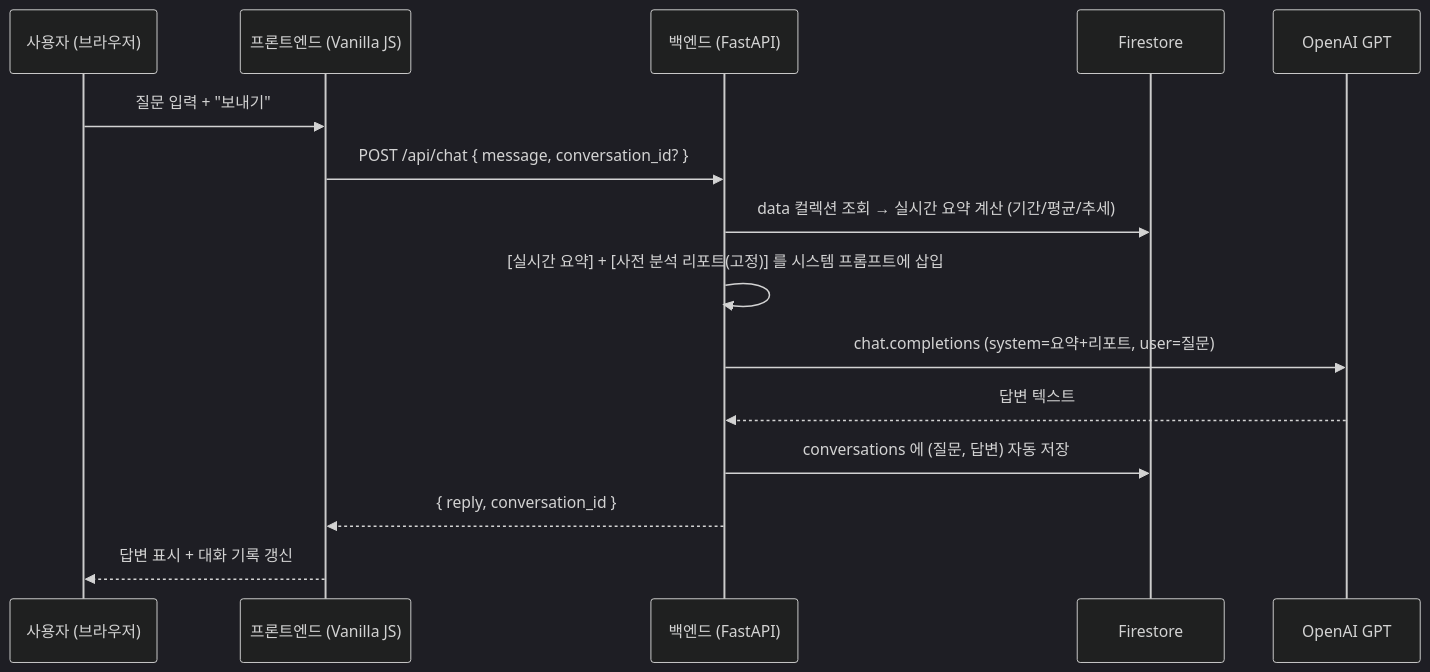
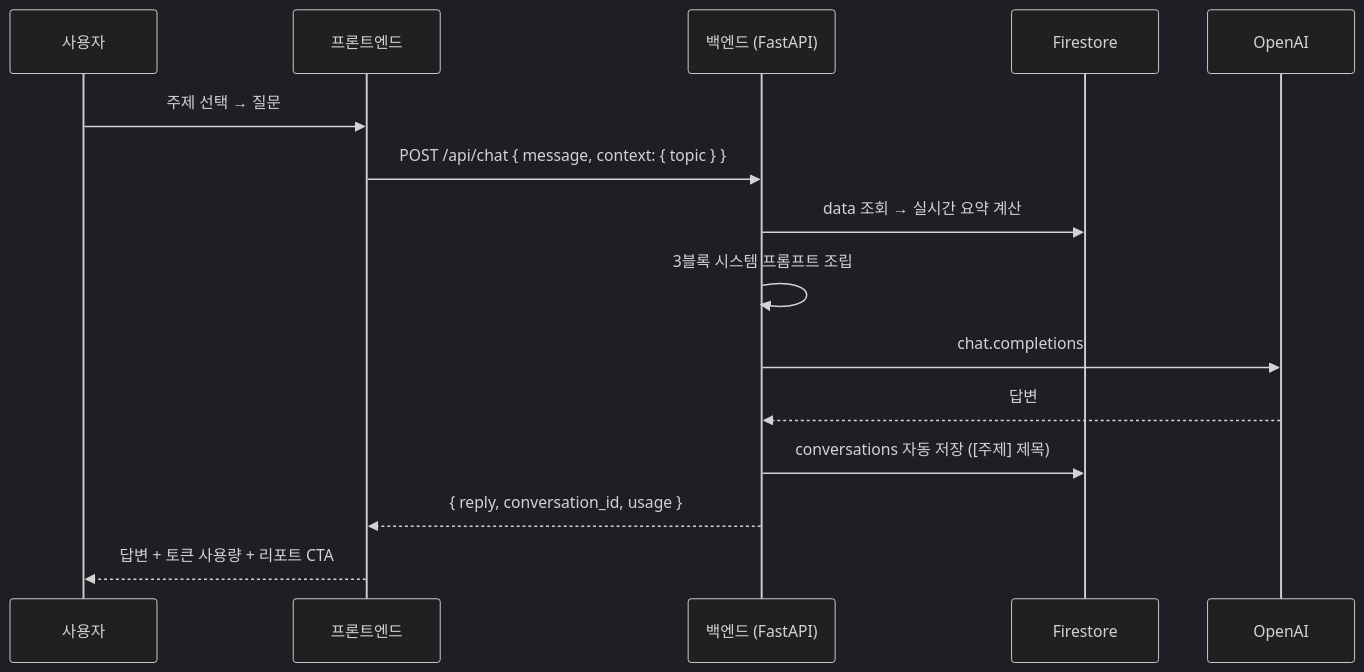
One commit to Frost0313z/my-data-assistant changed the second of 2 diagrams in README.md. Above: the diagram before and after it, drawn with Mermaid (dark theme). The commit also changed other lines of this file, not shown here.

````diff
--- a/README.md
+++ b/README.md
@@ -50,18 +71,18 @@
 ```mermaid
 sequenceDiagram
-    participant U as 사용자 (브라우저)
-    participant F as 프론트엔드 (Vanilla JS)
+    participant U as 사용자
+    participant F as 프론트엔드
     participant B as 백엔드 (FastAPI)
     participant DB as Firestore
-    participant AI as OpenAI GPT
+    participant AI as OpenAI
 
-    U->>F: 질문 입력 + "보내기"
-    F->>B: POST /api/chat { message, conversation_id? }
-    B->>DB: data 컬렉션 조회 → 실시간 요약 계산 (기간/평균/추세)
-    B->>B: [실시간 요약] + [사전 분석 리포트(고정)] 를 시스템 프롬프트에 삽입
-    B->>AI: chat.completions (system=요약+리포트, user=질문)
-    AI-->>B: 답변 텍스트
-    B->>DB: conversations 에 (질문, 답변) 자동 저장
-    B-->>F: { reply, conversation_id }
-    F-->>U: 답변 표시 + 대화 기록 갱신
+    U->>F: 주제 선택 → 질문
+    F->>B: POST /api/chat { message, context: { topic } }
+    B->>DB: data 조회 → 실시간 요약 계산
+    B->>B: 3블록 시스템 프롬프트 조립
+    B->>AI: chat.completions
+    AI-->>B: 답변
+    B->>DB: conversations 자동 저장 ([주제] 제목)
+    B-->>F: { reply, conversation_id, usage }
+    F-->>U: 답변 + 토큰 사용량 + 리포트 CTA
 ```
````
